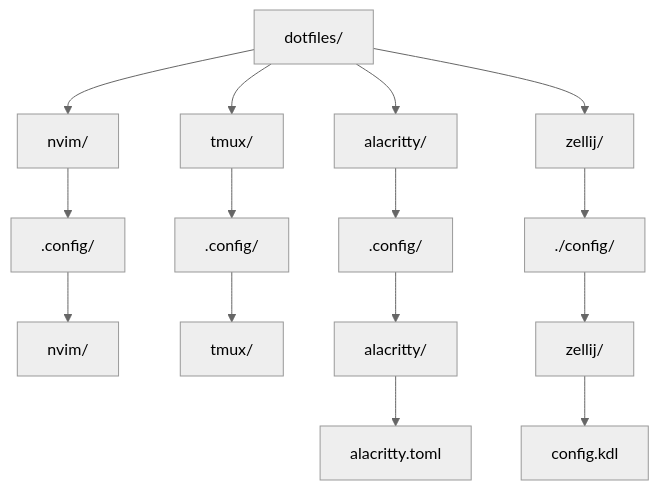
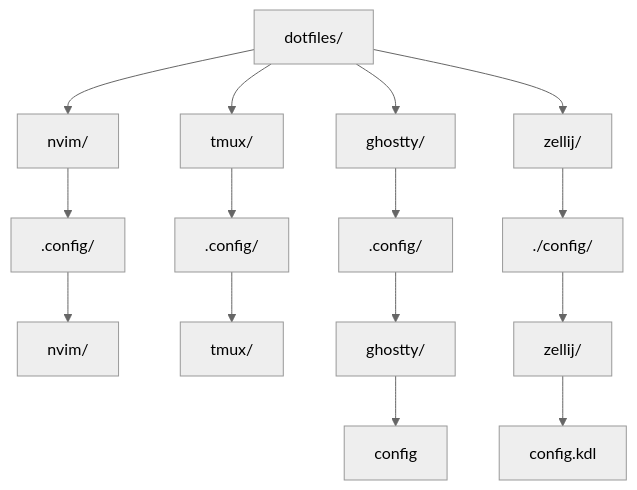
Before and after one commit to enshetinin/dotfiles: the diagram in README.md, drawn with Mermaid (neutral theme). The commit also changed other lines of this file and 9 other files, not shown here.

````diff
--- a/README.md
+++ b/README.md
@@ -23,21 +23,21 @@
 ```mermaid
 flowchart TD
     A[dotfiles/] --> B[nvim/]
     A --> C[tmux/]
-    A --> D[alacritty/]
+    A --> D[ghostty/]
     A --> E[zellij/]
 
     B --> B1[".config/"]
     B1 --> B2[nvim/]
 
     C --> C1[".config/"]
     C1 --> C2[tmux/]
 
     D --> D1[".config/"]
-    D1 --> D2[alacritty/]
-    D2 --> D3[alacritty.toml]
+    D1 --> D2[ghostty/]
+    D2 --> D3[config]
 
     E --> E1["./config/"]
     E1 --> E2[zellij/]
     E2 --> E3[config.kdl]
 ```
````
